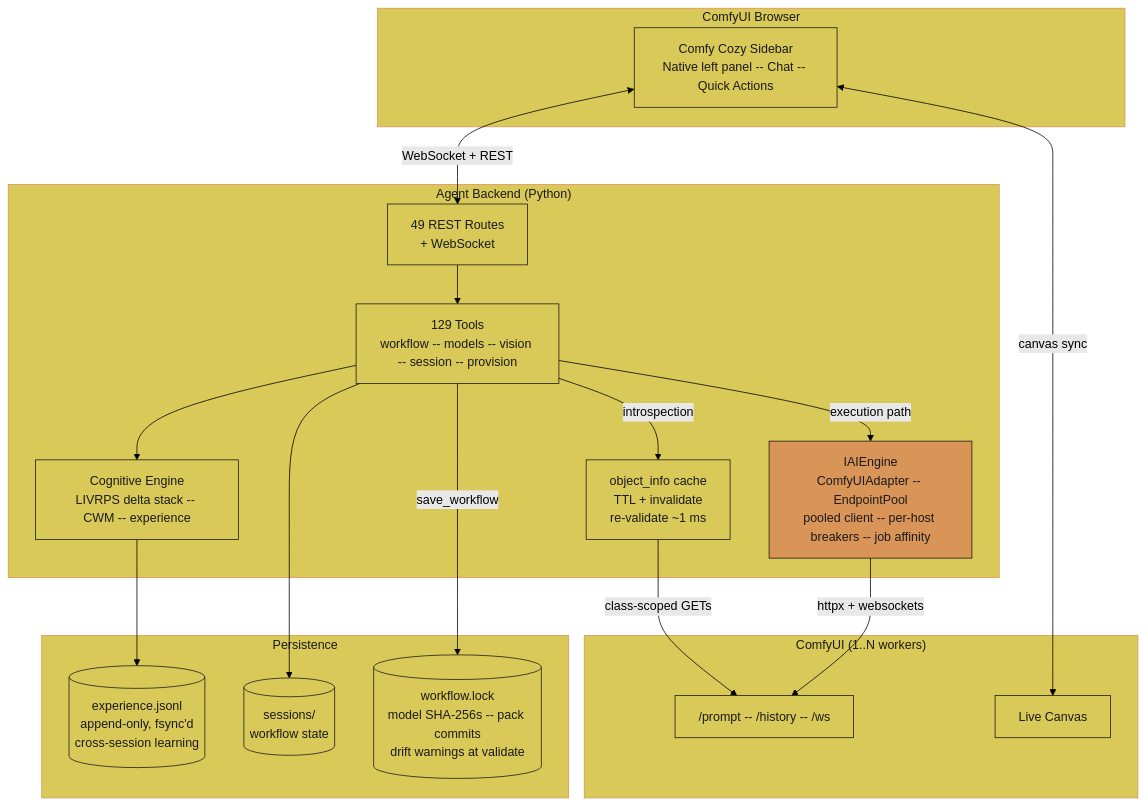
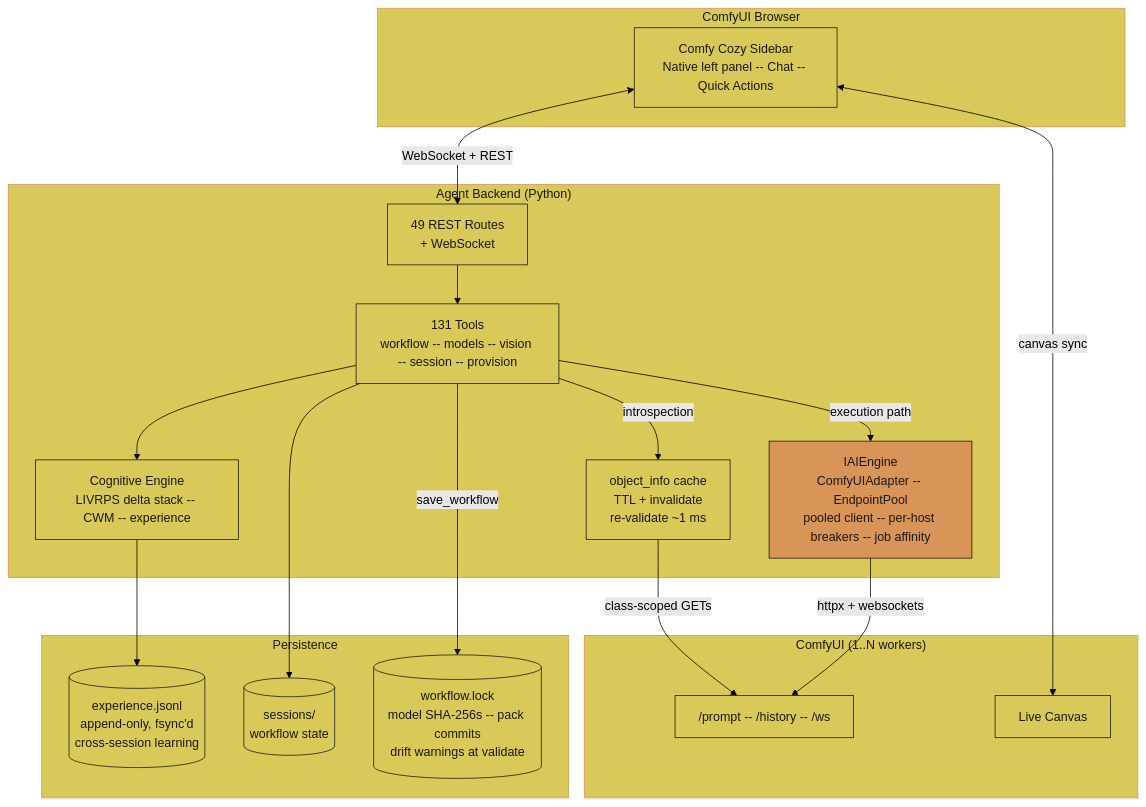
The seventh of 33 diagrams in README.md (JosephOIbrahim/Comfy-Cozy), drawn with Mermaid (forest theme) before and after one commit. The commit also changed other lines of this file, not shown here.

First line of the commit message:
[VERIFY] docs: README + provider diagram — NVIDIA Nemotron + runtime model swap

````diff
--- a/README.md
+++ b/README.md
@@ -525,44 +556,44 @@
 ```mermaid
 graph TB
     subgraph Browser ["ComfyUI Browser"]
         Sidebar["Comfy Cozy Sidebar<br/>Native left panel -- Chat -- Quick Actions"]
     end
     subgraph Backend ["Agent Backend (Python)"]
         Routes["49 REST Routes<br/>+ WebSocket"]
-        Tools["129 Tools<br/>workflow -- models -- vision -- session -- provision"]
+        Tools["131 Tools<br/>workflow -- models -- vision -- session -- provision"]
         Cache["object_info cache<br/>TTL + invalidate<br/>re-validate ~1 ms"]
         Engine["IAIEngine<br/>ComfyUIAdapter -- EndpointPool<br/>pooled client -- per-host breakers -- job affinity"]
         Cog["Cognitive Engine<br/>LIVRPS delta stack -- CWM -- experience"]
     end
     subgraph ComfyUI ["ComfyUI (1..N workers)"]
         API["/prompt -- /history -- /ws"]
         Canvas["Live Canvas"]
     end
     subgraph Disk ["Persistence"]
         EXP[("experience.jsonl<br/>append-only, fsync'd<br/>cross-session learning")]
         Sessions[("sessions/<br/>workflow state")]
         Lock[("workflow.lock<br/>model SHA-256s -- pack commits<br/>drift warnings at validate")]
     end
 
     Sidebar <-->|"WebSocket + REST"| Routes
     Sidebar <-->|"canvas sync"| Canvas
     Routes --> Tools
     Tools --> Cog
     Tools -->|introspection| Cache
     Cache -->|"class-scoped GETs"| API
     Tools -->|execution path| Engine
     Engine -->|httpx + websockets| API
     Cog --> EXP
     Tools --> Sessions
     Tools -->|save_workflow| Lock
 
     style Browser fill:#d9c958,color:#1a1a1a,stroke:#d99458
     style Backend fill:#d9c958,color:#1a1a1a,stroke:#d99458
     style ComfyUI fill:#d9c958,color:#1a1a1a,stroke:#d99458
     style Disk fill:#d9c958,color:#1a1a1a,stroke:#d99458
 
     classDef orange fill:#d99458,color:#1a1a1a,stroke:#1a1a1a
     classDef yellow fill:#d9c958,color:#1a1a1a,stroke:#1a1a1a
     class Engine orange
     class Sidebar,Routes,Tools,Cache,Cog,API,Canvas,EXP,Sessions,Lock yellow
 ```
````
